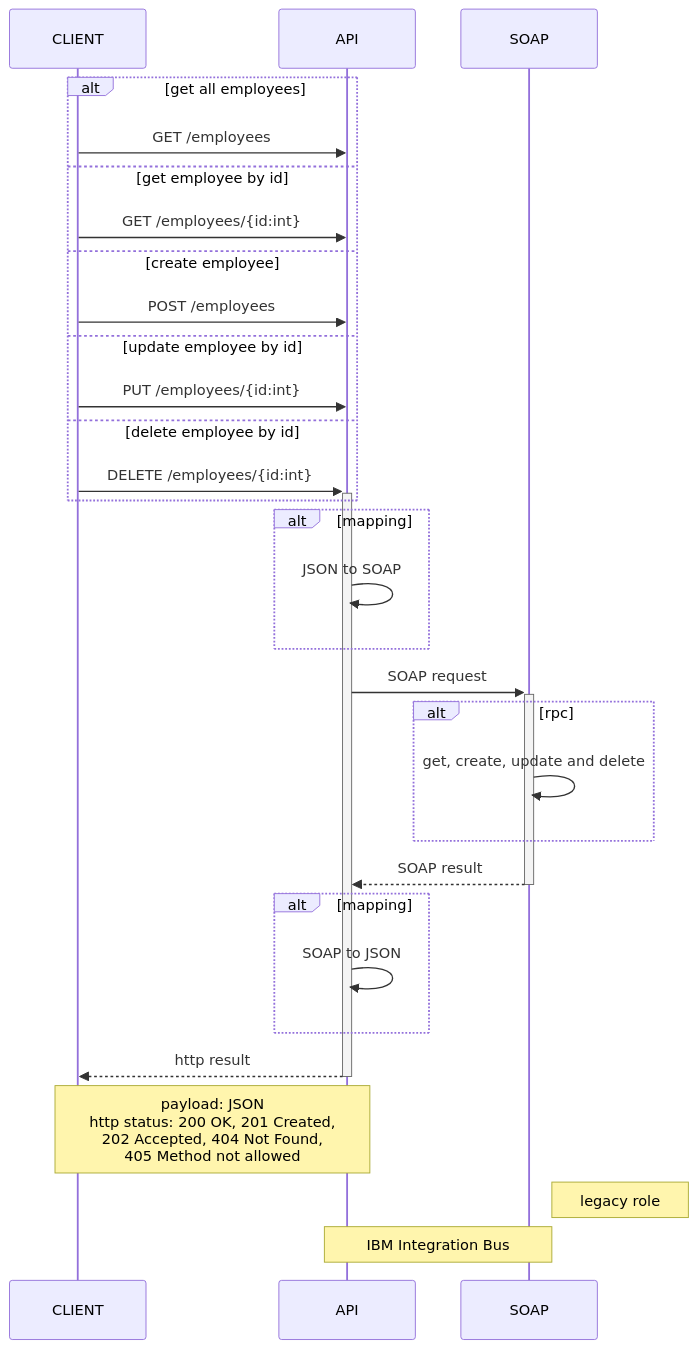
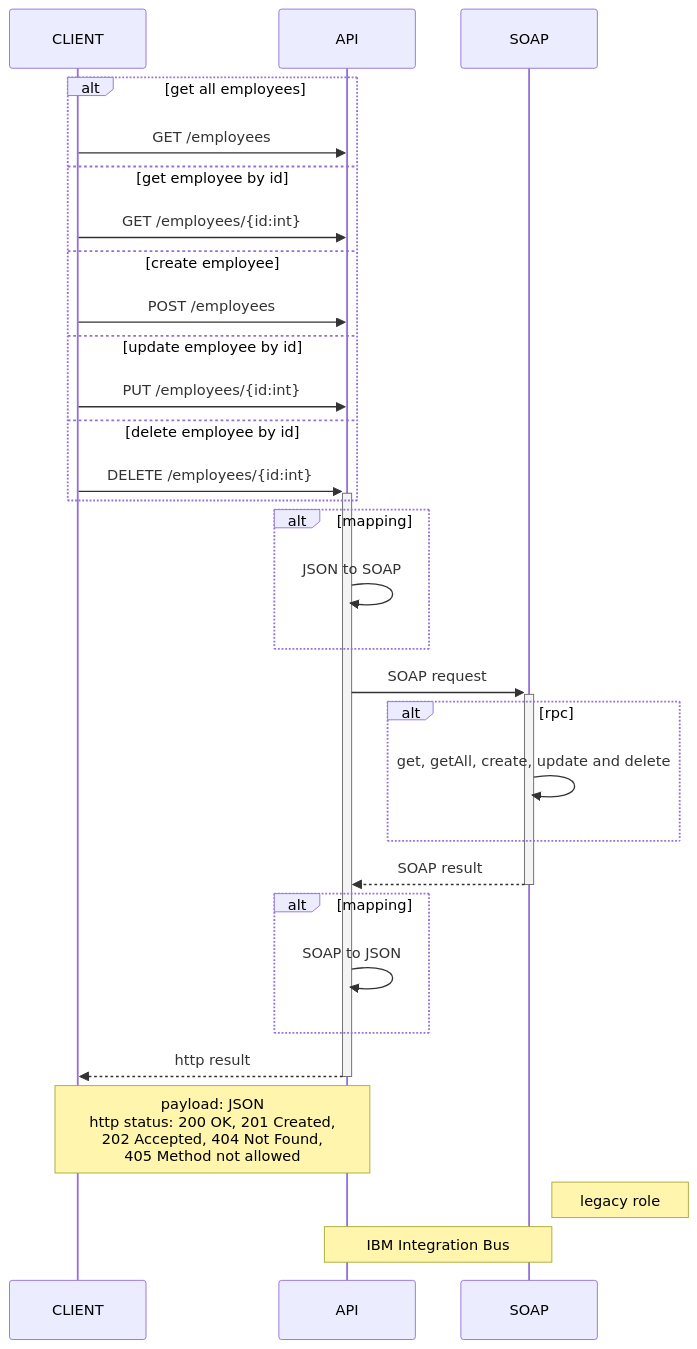
Before and after one commit to agabopinho/iib-lab: the diagram in flow.mmd, drawn with Mermaid.

Commit message:
alteração flow

```diff
--- a/flow.mmd
+++ b/flow.mmd
@@ -1,27 +1,27 @@
 sequenceDiagram
     alt get all employees
         CLIENT->>API: GET /employees
     else get employee by id
         CLIENT->>API: GET /employees/{id:int}
     else create employee 
         CLIENT->>API: POST /employees
     else update employee by id
         CLIENT->>API: PUT /employees/{id:int}
     else delete employee by id
         CLIENT->>+API: DELETE /employees/{id:int}
     end
     alt mapping
         API->>API: JSON to SOAP
     end
     API->>+SOAP: SOAP request
     alt rpc
-        SOAP->>SOAP: get, create, update and delete
+        SOAP->>SOAP: get, getAll, create, update and delete
     end
     SOAP-->>-API: SOAP result
     alt mapping
         API->>API: SOAP to JSON
     end
     API-->>-CLIENT: http result
     Note over API,CLIENT: payload: JSON<br>http status: 200 OK, 201 Created,<br>202 Accepted, 404 Not Found,<br>405 Method not allowed
     Note right of SOAP: legacy role
     Note over API,SOAP: IBM Integration Bus
```
